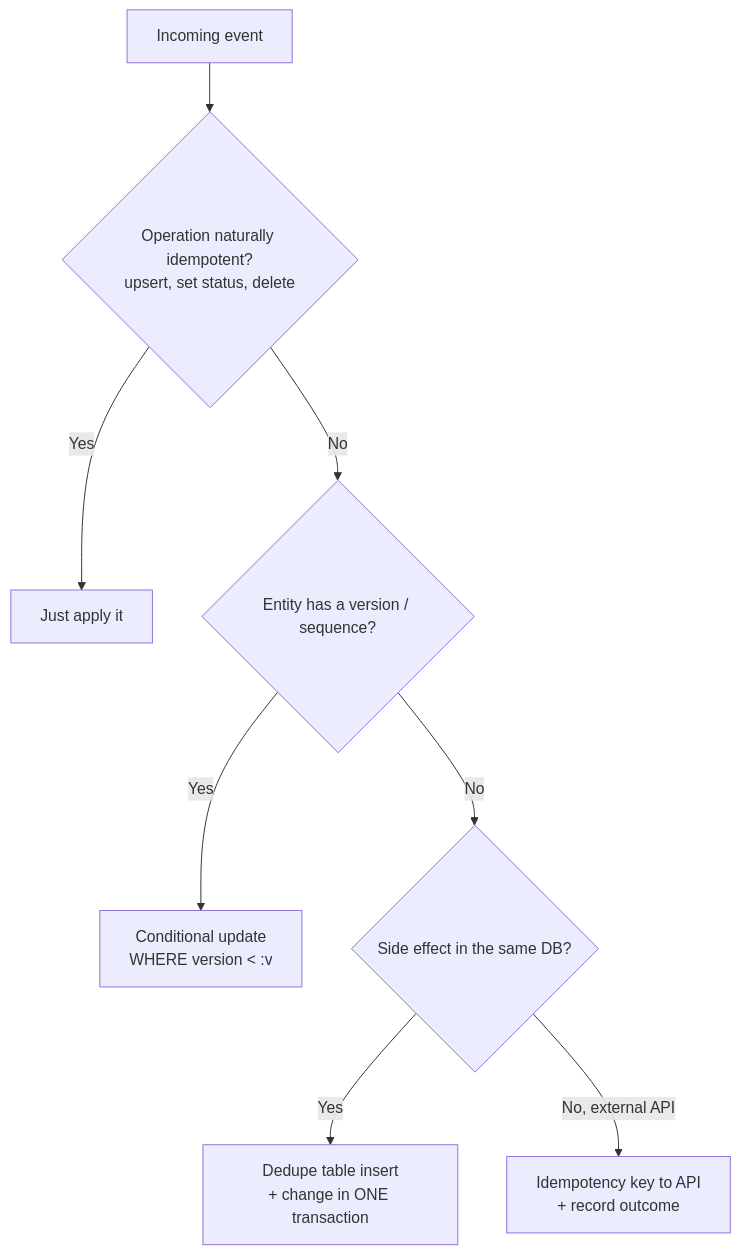
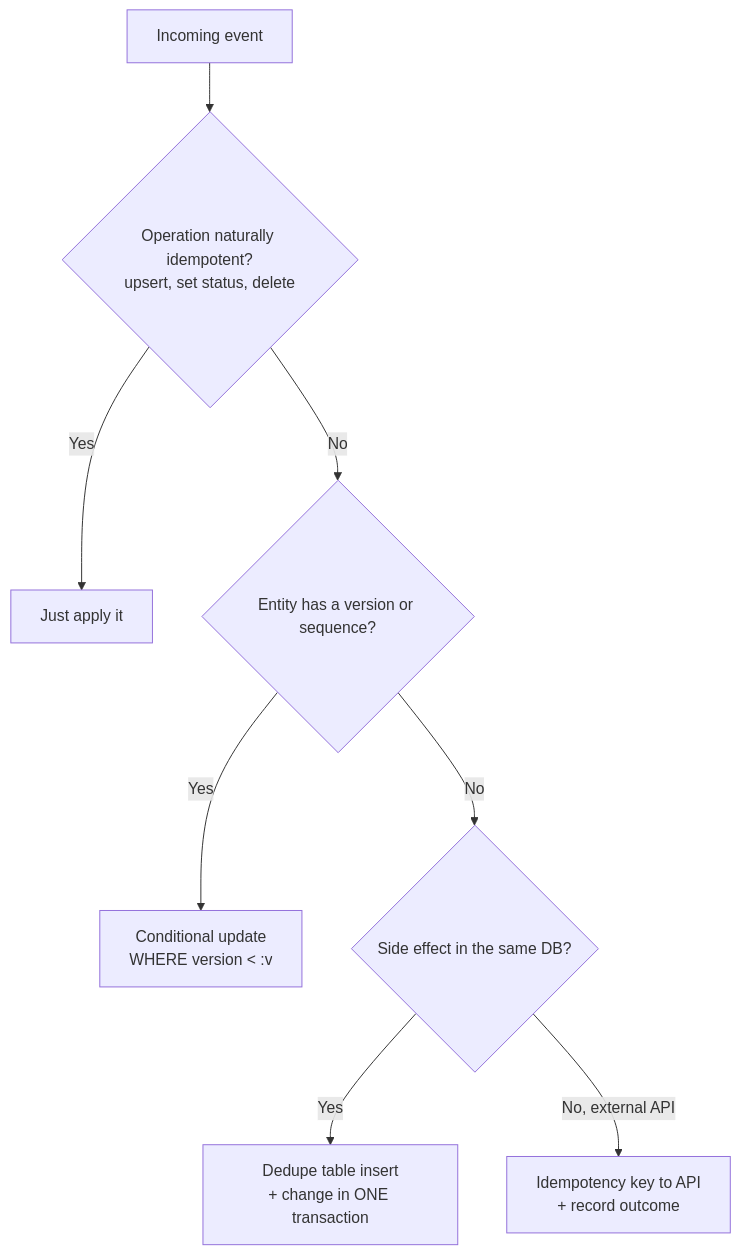
Before and after one commit to vishalhulawale/knowledge-base: the first of 2 diagrams in docs/kafka/08-idempotent-consumers-and-deduplication.md, drawn with Mermaid. The commit also changed other lines of this file and 4 other files, not shown here.

````diff
--- a/docs/kafka/08-idempotent-consumers-and-deduplication.md
+++ b/docs/kafka/08-idempotent-consumers-and-deduplication.md
@@ -34,10 +34,10 @@
 ```mermaid
 flowchart TD
-    A[Incoming event] --> B{Operation naturally idempotent?<br/>upsert, set status, delete}
+    A[Incoming event] --> B{"Operation naturally idempotent?<br/>upsert, set status, delete"}
     B -- Yes --> OK[Just apply it]
-    B -- No --> C{Entity has a version / sequence?}
-    C -- Yes --> V[Conditional update<br/>WHERE version < :v]
-    C -- No --> D{Side effect in the same DB?}
-    D -- Yes --> T[Dedupe table insert<br/>+ change in ONE transaction]
-    D -- No, external API --> K[Idempotency key to API<br/>+ record outcome]
+    B -- No --> C{"Entity has a version or sequence?"}
+    C -- Yes --> V["Conditional update<br/>WHERE version &lt; :v"]
+    C -- No --> D{"Side effect in the same DB?"}
+    D -- Yes --> T["Dedupe table insert<br/>+ change in ONE transaction"]
+    D -- "No, external API" --> K["Idempotency key to API<br/>+ record outcome"]
 ```
````
